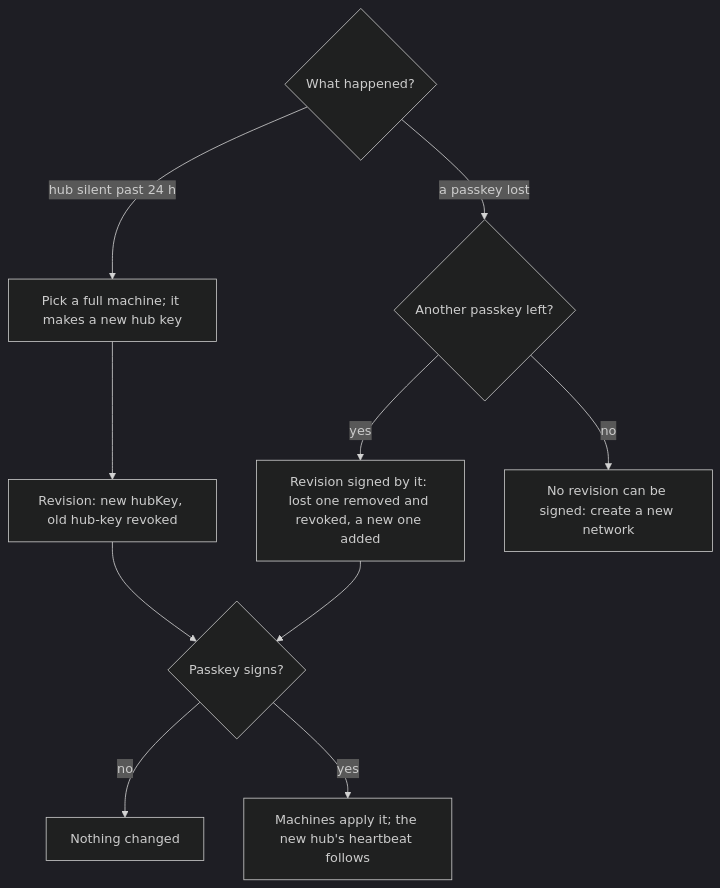
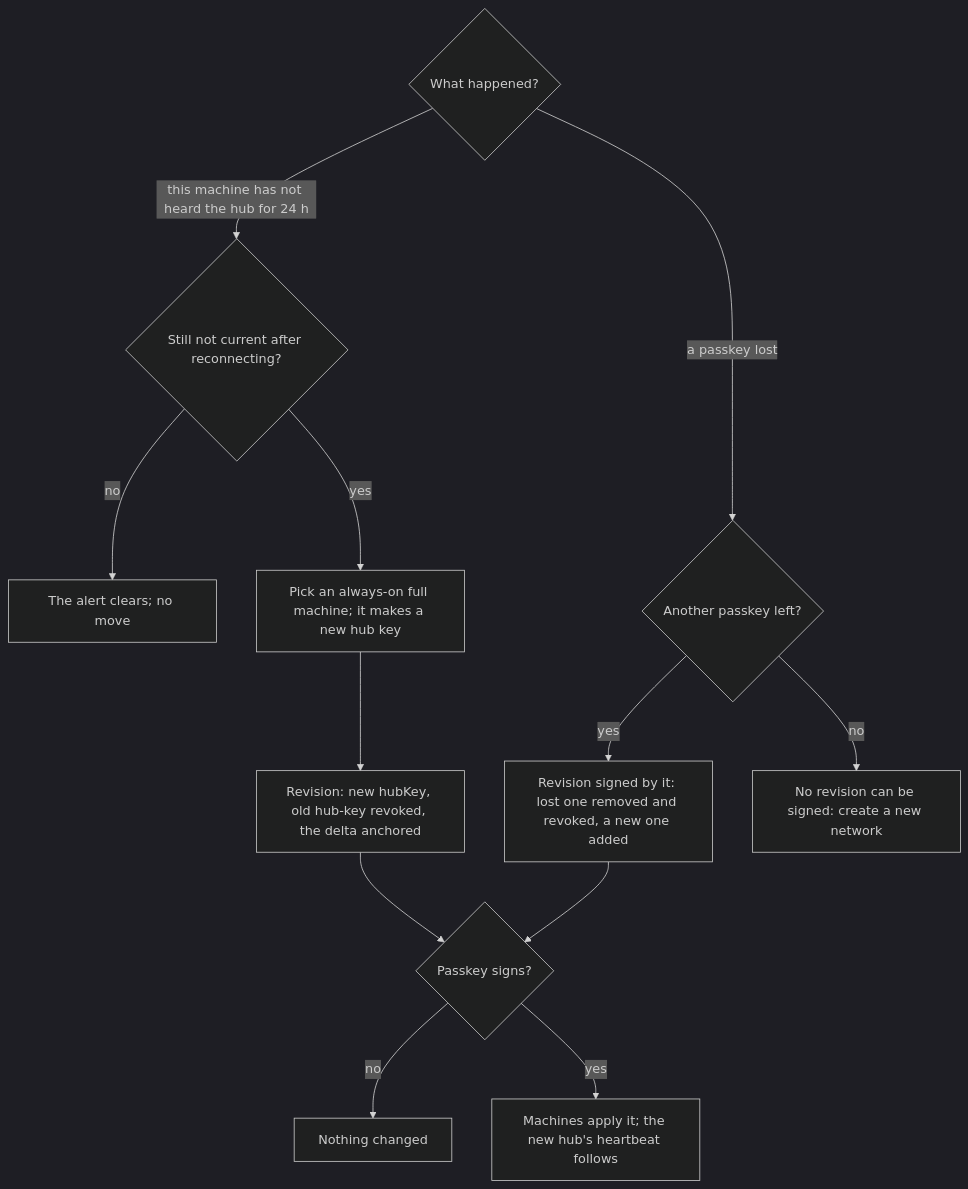
One commit to passioncode-ai/fabric-agent-contract changed diagram 27 of 27 in docs/ux/flows.md. Above: the diagram before and after it, drawn with Mermaid (dark theme). The commit also changed 17 other files, not shown here.

````diff
--- a/docs/ux/flows.md
+++ b/docs/ux/flows.md
@@ -662,12 +662,14 @@
 ```mermaid
 flowchart TD
-  A{What happened?} -->|hub silent past 24 h| M[Pick a full machine; it makes a new hub key]
-  M --> R[Revision: new hubKey, old hub-key revoked]
+  A{What happened?} -->|this machine has not heard the hub for 24 h| C{Still not current after reconnecting?}
+  C -->|no| Z[The alert clears; no move]
+  C -->|yes| M[Pick an always-on full machine; it makes a new hub key]
+  M --> R[Revision: new hubKey, old hub-key revoked, the delta anchored]
   A -->|a passkey lost| P{Another passkey left?}
   P -->|yes| Q[Revision signed by it: lost one removed and revoked, a new one added]
   P -->|no| N[No revision can be signed: create a new network]
   R --> S{Passkey signs?}
   Q --> S
   S -->|no| X[Nothing changed]
   S -->|yes| D[Machines apply it; the new hub's heartbeat follows]
 ```
````
